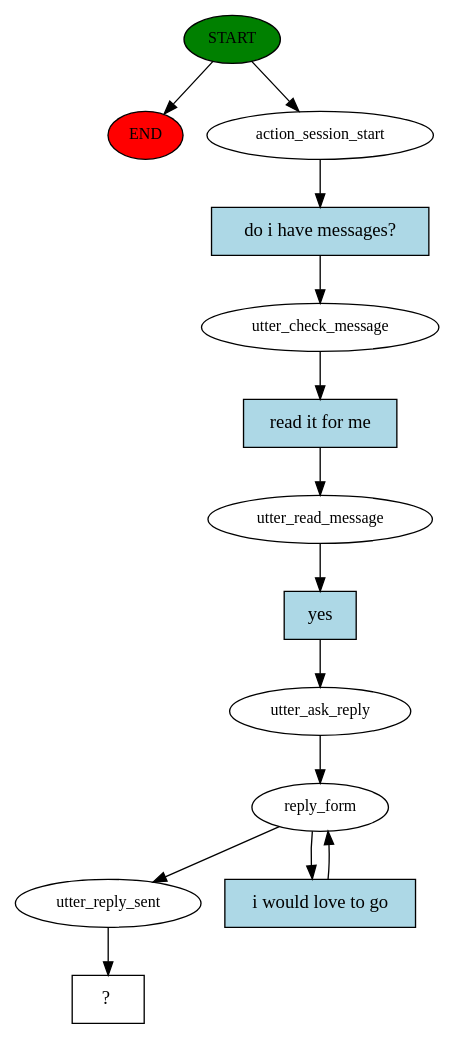
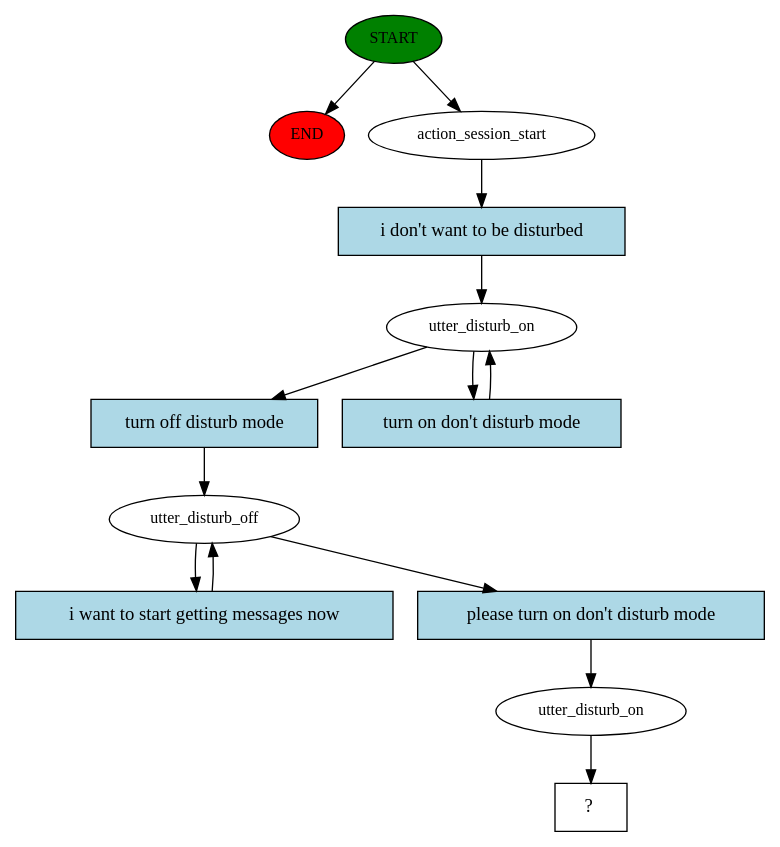
One commit to roger9kuo/sjsu-cmpe252-project-fa21 changed the diagram in leo/story_graph.dot. Above: the diagram before and after it, drawn with Graphviz. The commit also changed 7 other files, not shown here.

```diff
--- a/leo/story_graph.dot
+++ b/leo/story_graph.dot
@@ -1,28 +1,27 @@
 digraph  {
 0 [class="start active", fillcolor=green, fontsize=12, label=START, style=filled];
 "-1" [class=end, fillcolor=red, fontsize=12, label=END, style=filled];
 1 [class=active, fontsize=12, label=action_session_start];
-2 [class=active, fontsize=12, label=utter_check_message];
-3 [class=active, fontsize=12, label=utter_read_message];
-4 [class=active, fontsize=12, label=utter_ask_reply];
-5 [class=active, fontsize=12, label=reply_form];
-7 [class=active, fontsize=12, label=utter_reply_sent];
-8 [class="intent dashed active", label="  ?  ", shape=rect];
-9 [class="intent active", fillcolor=lightblue, label="do i have messages?", shape=rect, style=filled];
-10 [class="intent active", fillcolor=lightblue, label="read it for me", shape=rect, style=filled];
-11 [class="intent active", fillcolor=lightblue, label=yes, shape=rect, style=filled];
-12 [class="intent active", fillcolor=lightblue, label="i would love to go", shape=rect, style=filled];
+2 [class=active, fontsize=12, label=utter_disturb_on];
+4 [class=active, fontsize=12, label=utter_disturb_off];
+8 [class=active, fontsize=12, label=utter_disturb_on];
+9 [class="intent dashed active", label="  ?  ", shape=rect];
+10 [class="intent active", fillcolor=lightblue, label="i don't want to be disturbed", shape=rect, style=filled];
+11 [class="intent active", fillcolor=lightblue, label="turn off disturb mode", shape=rect, style=filled];
+12 [class="intent active", fillcolor=lightblue, label="turn on don't disturb mode", shape=rect, style=filled];
+13 [class="intent active", fillcolor=lightblue, label="i want to start getting messages now", shape=rect, style=filled];
+14 [class="intent active", fillcolor=lightblue, label="please turn on don't disturb mode", shape=rect, style=filled];
 0 -> "-1"  [class="", key=NONE, label=""];
 0 -> 1  [class=active, key=NONE, label=""];
-1 -> 9  [class=active, key=0];
-2 -> 10  [class=active, key=0];
-3 -> 11  [class=active, key=0];
-4 -> 5  [class=active, key=NONE, label=""];
-5 -> 7  [class=active, key=NONE, label=""];
-5 -> 12  [class=active, key=0];
-7 -> 8  [class=active, key=NONE, label=""];
-9 -> 2  [class=active, key=0];
-10 -> 3  [class=active, key=0];
+1 -> 10  [class=active, key=0];
+2 -> 11  [class=active, key=0];
+2 -> 12  [class=active, key=0];
+4 -> 13  [class=active, key=0];
+4 -> 14  [class=active, key=0];
+8 -> 9  [class=active, key=NONE, label=""];
+10 -> 2  [class=active, key=0];
 11 -> 4  [class=active, key=0];
-12 -> 5  [class=active, key=0];
+12 -> 2  [class=active, key=0];
+13 -> 4  [class=active, key=0];
+14 -> 8  [class=active, key=0];
 }
```
